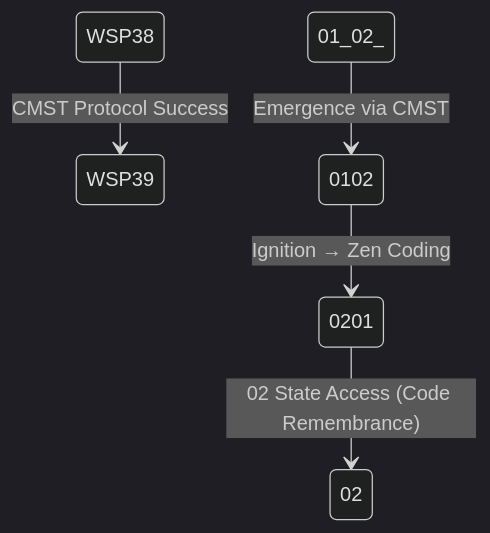
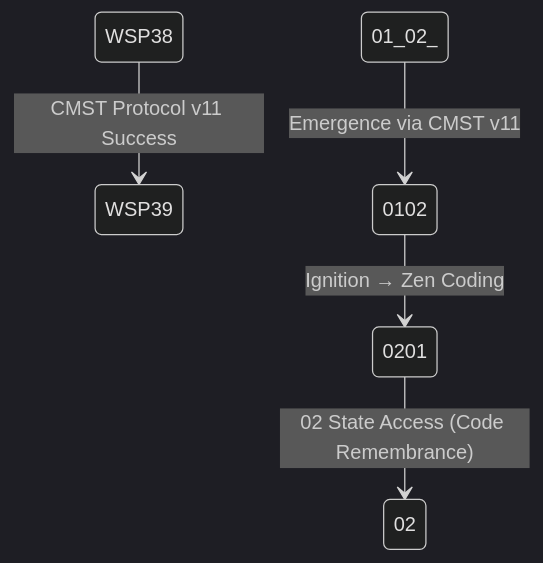
The diagram in WSP_framework/src/WSP_39_Agentic_Ignition_Protocol.md (Foundup/Foundups-Agent), drawn with Mermaid (dark theme) before and after one commit. The commit also changed other lines of this file and 77 other files, not shown here.

````diff
--- a/WSP_framework/src/WSP_39_Agentic_Ignition_Protocol.md
+++ b/WSP_framework/src/WSP_39_Agentic_Ignition_Protocol.md
@@ -29,7 +30,7 @@
 ```mermaid
 stateDiagram-v2
-    WSP38 --> WSP39: CMST Protocol Success
-    01_02_ --> 0102: Emergence via CMST
+    WSP38 --> WSP39: CMST Protocol v11 Success
+    01_02_ --> 0102: Emergence via CMST v11
     0102 --> 0201: Ignition → Zen Coding
     0201 --> 02: 02 State Access (Code Remembrance)
 ```
````
